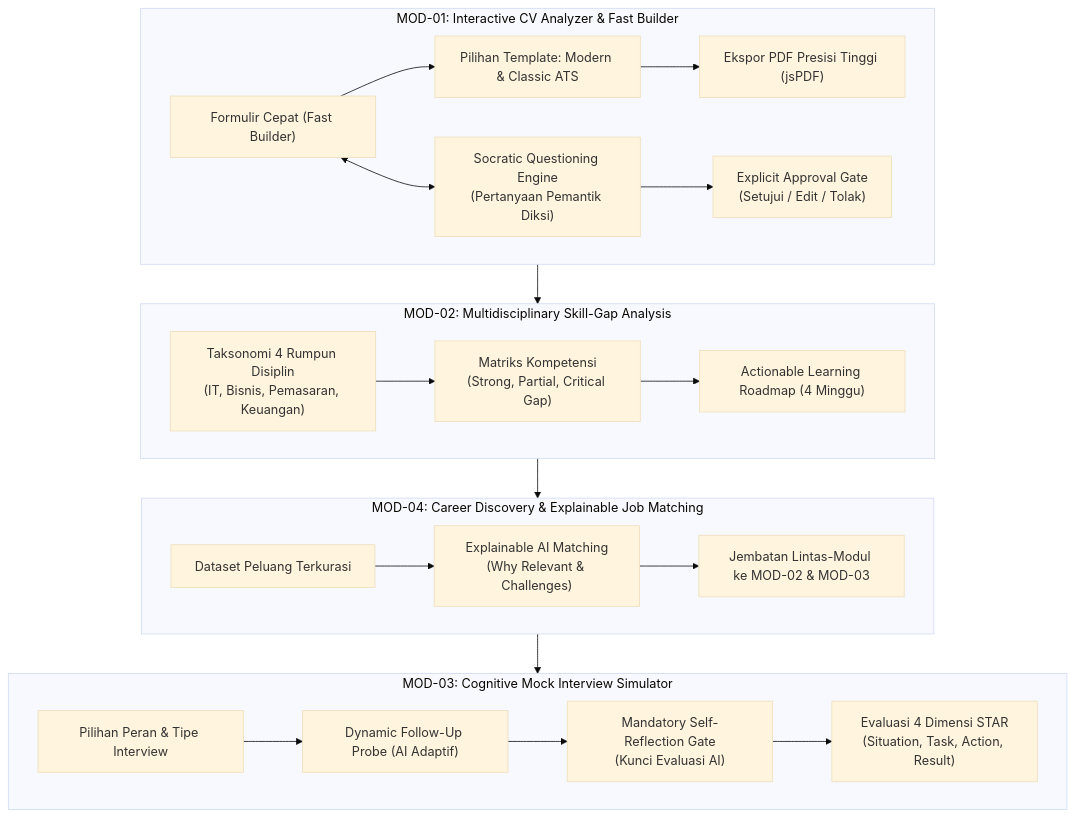
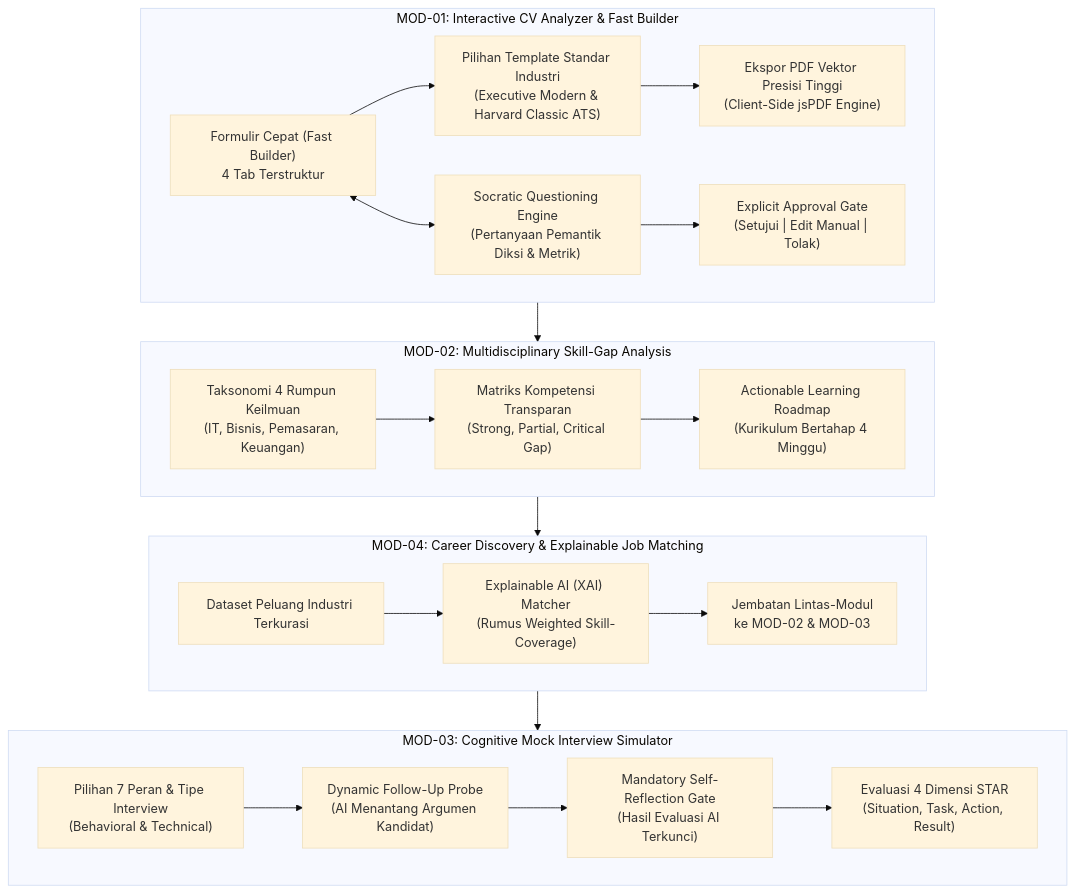
The first of 3 diagrams in PROPOSAL.md (rikiardiansyah-web/CareerStudentAI), drawn with Mermaid (base theme) before and after one commit. The commit also changed other lines of this file and 4 other files, not shown here.

Commit message:
docs & feat: revise proposal based on judge feedback and rename CV templates to Executive Modern & Harvard Classic ATS

````diff
--- a/PROPOSAL.md
+++ b/PROPOSAL.md
@@ -47,29 +106,29 @@
 ```mermaid
 flowchart TD
     subgraph MOD01["MOD-01: Interactive CV Analyzer & Fast Builder"]
-        FB["Formulir Cepat (Fast Builder)"] --> Template["Pilihan Template: Modern & Classic ATS"]
-        Template --> Exporter["Ekspor PDF Presisi Tinggi (jsPDF)"]
-        FB <--> SE["Socratic Questioning Engine\n(Pertanyaan Pemantik Diksi)"]
-        SE --> AG["Explicit Approval Gate\n(Setujui / Edit / Tolak)"]
+        FB["Formulir Cepat (Fast Builder)\n4 Tab Terstruktur"] --> TPL["Pilihan Template Standar Industri\n(Executive Modern & Harvard Classic ATS)"]
+        TPL --> EXP["Ekspor PDF Vektor Presisi Tinggi\n(Client-Side jsPDF Engine)"]
+        FB <--> SE["Socratic Questioning Engine\n(Pertanyaan Pemantik Diksi & Metrik)"]
+        SE --> AG["Explicit Approval Gate\n(Setujui | Edit Manual | Tolak)"]
     end
 
     subgraph MOD02["MOD-02: Multidisciplinary Skill-Gap Analysis"]
-        Taxonomy["Taksonomi 4 Rumpun Disiplin\n(IT, Bisnis, Pemasaran, Keuangan)"] --> Matcher["Matriks Kompetensi\n(Strong, Partial, Critical Gap)"]
-        Matcher --> Roadmap["Actionable Learning Roadmap (4 Minggu)"]
+        TAX["Taksonomi 4 Rumpun Keilmuan\n(IT, Bisnis, Pemasaran, Keuangan)"] --> MAT["Matriks Kompetensi Transparan\n(Strong, Partial, Critical Gap)"]
+        MAT --> RDM["Actionable Learning Roadmap\n(Kurikulum Bertahap 4 Minggu)"]
     end
 
     subgraph MOD03["MOD-03: Cognitive Mock Interview Simulator"]
-        RoleSelector["Pilihan Peran & Tipe Interview"] --> DynamicProbe["Dynamic Follow-Up Probe (AI Adaptif)"]
-        DynamicProbe --> SelfReflect["Mandatory Self-Reflection Gate\n(Kunci Evaluasi AI)"]
-        SelfReflect --> STAREval["Evaluasi 4 Dimensi STAR\n(Situation, Task, Action, Result)"]
+        SEL["Pilihan 7 Peran & Tipe Interview\n(Behavioral & Technical)"] --> PROB["Dynamic Follow-Up Probe\n(AI Menantang Argumen Kandidat)"]
+        PROB --> SRG["Mandatory Self-Reflection Gate\n(Hasil Evaluasi AI Terkunci)"]
+        SRG --> STAR["Evaluasi 4 Dimensi STAR\n(Situation, Task, Action, Result)"]
     end
 
     subgraph MOD04["MOD-04: Career Discovery & Explainable Job Matching"]
-        CuratedJobs["Dataset Peluang Terkurasi"] --> XAI["Explainable AI Matching\n(Why Relevant & Challenges)"]
-        XAI --> Bridge["Jembatan Lintas-Modul ke MOD-02 & MOD-03"]
+        CUR["Dataset Peluang Industri Terkurasi"] --> XAI["Explainable AI (XAI) Matcher\n(Rumus Weighted Skill-Coverage)"]
+        XAI --> LINK["Jembatan Lintas-Modul\nke MOD-02 & MOD-03"]
     end
 
     MOD01 --> MOD02
     MOD02 --> MOD04
     MOD04 --> MOD03
 ```
````
